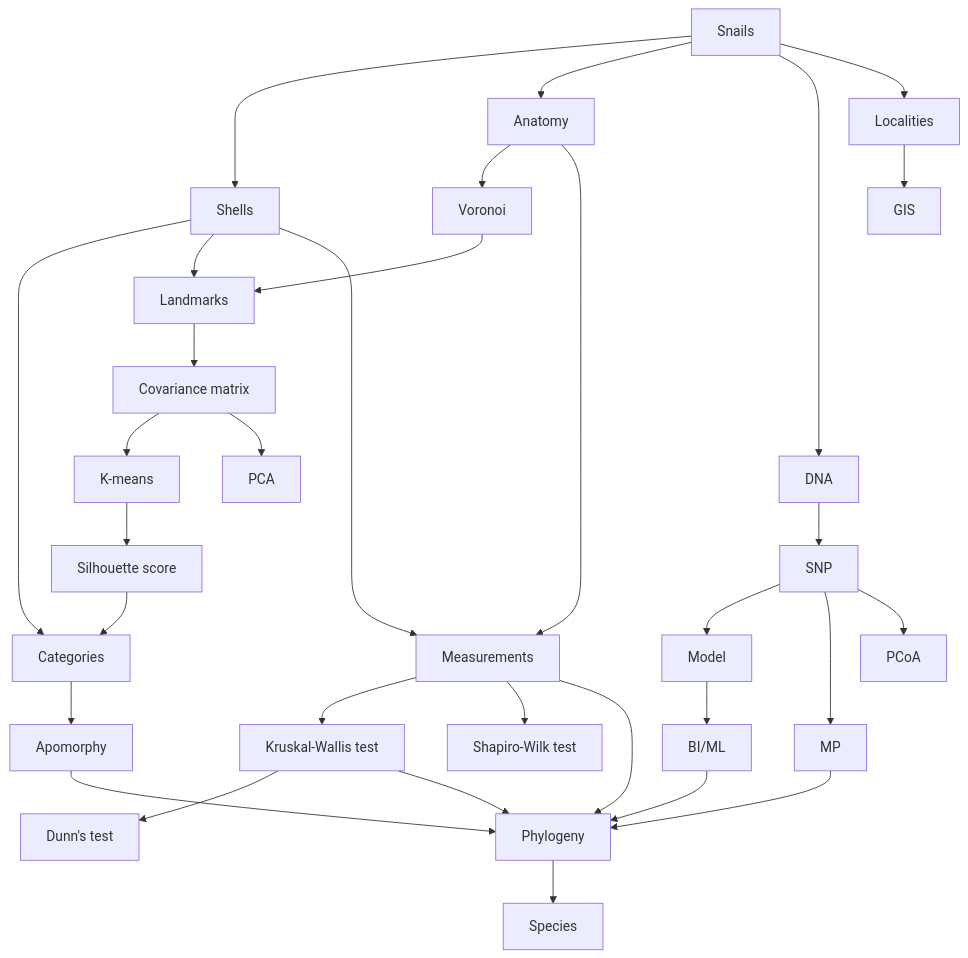
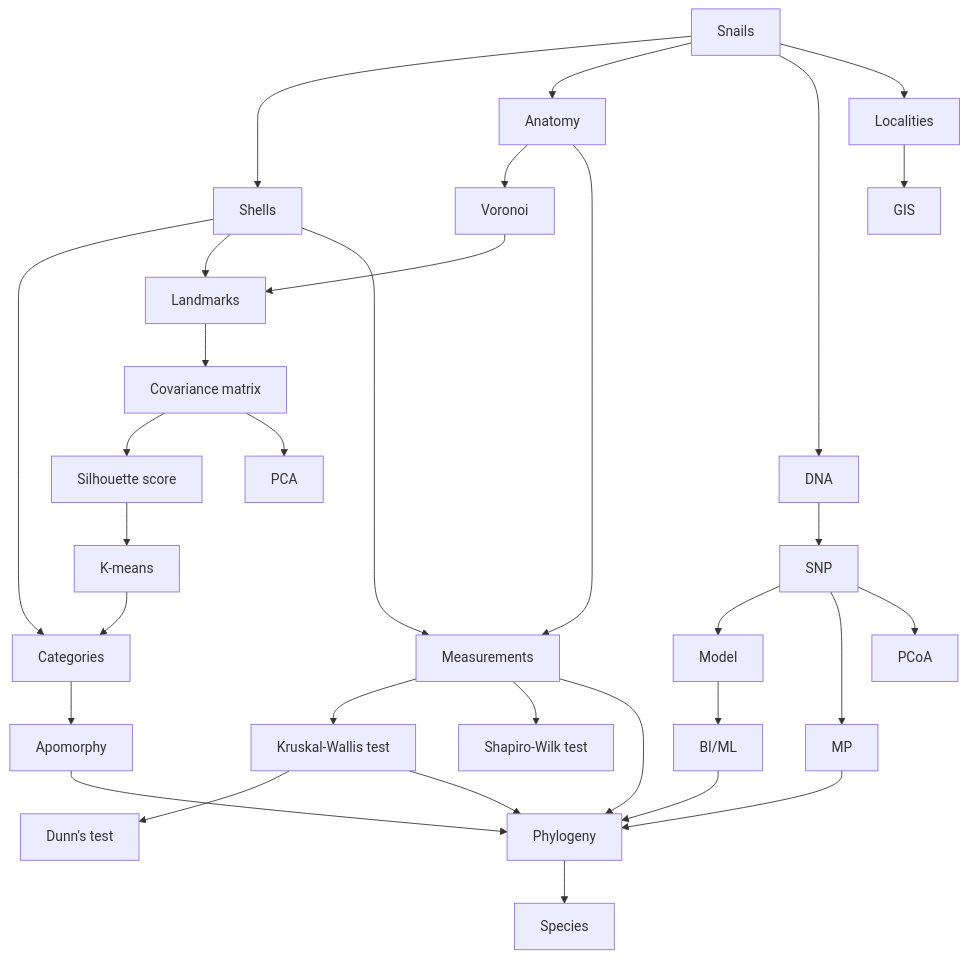
The diagram in README.md (starsareintherose/Thersites-Data), drawn with Mermaid before and after one commit.

````diff
--- a/README.md
+++ b/README.md
@@ -4,41 +4,41 @@
 ```mermaid
 graph TD
     A[Snails] --> B[Shells]
     A --> C[Anatomy]
     A --> D[DNA]
     A --> E[Localities]
 
     B --> B1[Categories]
     B --> B2[Landmarks]
     B --> B4[Measurements]
 
     B2 --> B3[Covariance matrix]
-    B3 --> B7[K-means]
-    B7 --> B8[Silhouette score]
+    B3 --> B7[Silhouette score]
+    B7 --> B8[K-means]
     B8 --> B1
     B3 --> B5[PCA]
   
     C --> C1[Voronoi]
     C --> B4
     C1 --> B2
 
     B4 --> C2[Kruskal-Wallis test]
     B4 --> B6[Shapiro-Wilk test]
     B1 --> C3[Apomorphy]
     C2 --> C4[Dunn's test]
 
     C3 --> F1[Phylogeny]
     B4 --> F1
     C2 --> F1
 
     D --> D1[SNP]
     D1 --> D2[Model]
     D1 --> D3[MP]
     D2 --> D4[BI/ML]
     D4 --> F1
     D3 --> F1
     D1 --> D5[PCoA]
 
     E --> E1[GIS]
     F1 --> G[Species]
 ```
````
